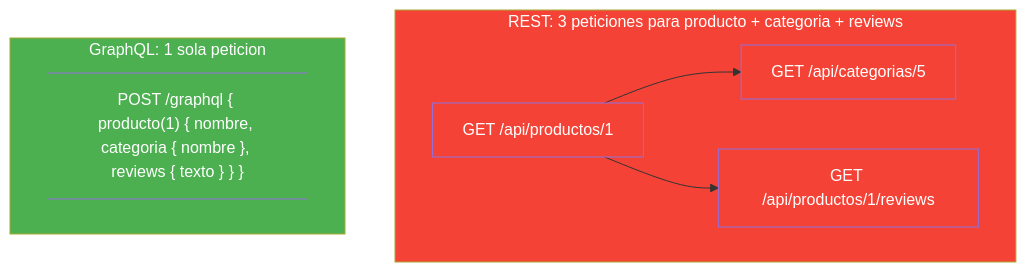
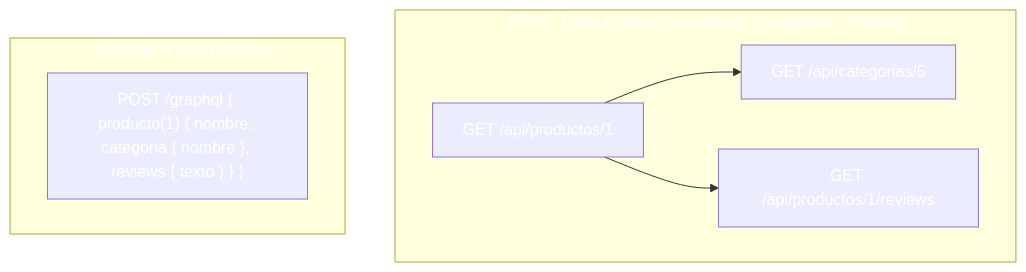
One commit to joseluisgs/DesarrolloWebEntornosServidor-02-2026-2027 changed the second of 10 diagrams in 19-graphql.md. Above: the diagram before and after it, drawn with Mermaid. The commit also changed other lines of this file and 41 other files, not shown here.

````diff
--- a/19-graphql.md
+++ b/19-graphql.md
@@ -106,18 +106,18 @@
 ```mermaid
 flowchart TD
     subgraph REST_FLOW["REST: 3 peticiones para producto + categoria + reviews"]
         A["GET /api/productos/1"] --> B["GET /api/categorias/5"]
         A --> C["GET /api/productos/1/reviews"]
     end
 
     subgraph GQL_FLOW["GraphQL: 1 sola peticion"]
         D["POST /graphql { producto(1) { nombre, categoria { nombre }, reviews { texto } } }"]
     end
 
-    style REST_FLOW fill:#f44336,color:#fff
-    style GQL_FLOW fill:#4CAF50,color:#fff
-    style A fill:#f44336,color:#fff
-    style B fill:#f44336,color:#fff
-    style C fill:#f44336,color:#fff
-    style D fill:#4CAF50,color:#fff
+    style REST_FLOW fill:#f4433,color:#fff6,color:#fff
+    style GQL_FLOW fill:#4CAF5,color:#fff0,color:#fff
+    style A fill:#f4433,color:#fff6,color:#fff
+    style B fill:#f4433,color:#fff6,color:#fff
+    style C fill:#f4433,color:#fff6,color:#fff
+    style D fill:#4CAF5,color:#fff0,color:#fff
 ```
````
